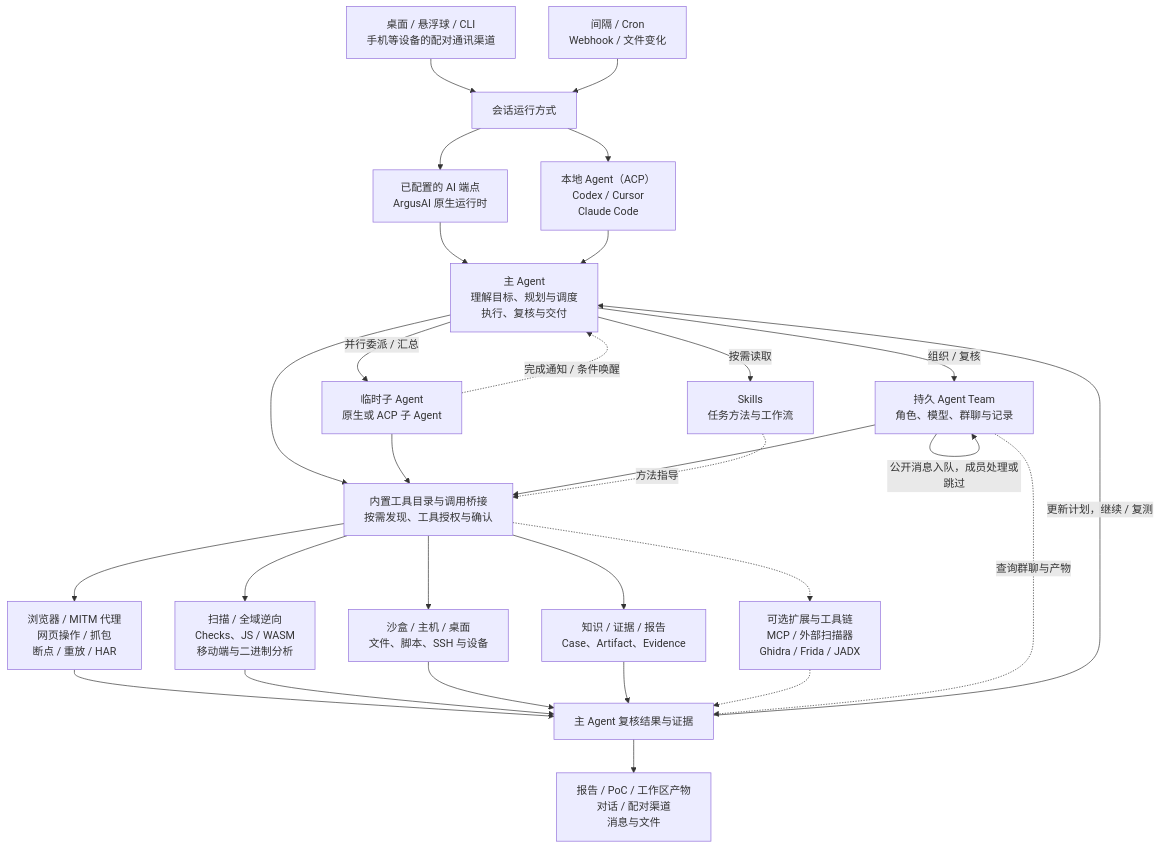
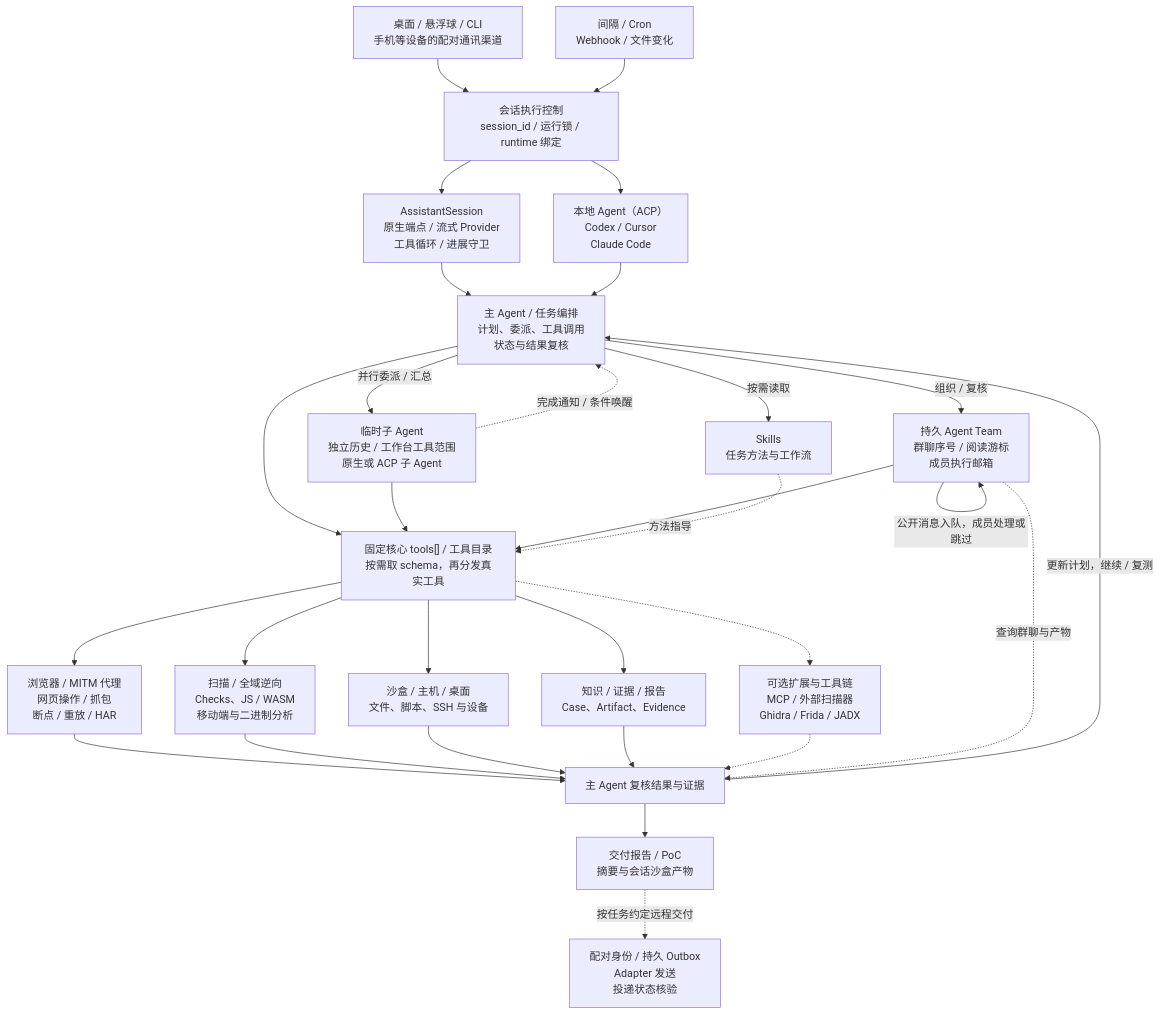
Before and after one commit to HG-ha/Argusai: the first of 3 diagrams in README.md, drawn with Mermaid. The commit also changed other lines of this file and 19 other files, not shown here.

````diff
--- a/README.md
+++ b/README.md
@@ -44,33 +44,34 @@
 ```mermaid
 flowchart TB
-    Input["桌面 / 悬浮球 / CLI<br/>手机等设备的配对通讯渠道"] --> Session["会话运行方式"]
+    Input["桌面 / 悬浮球 / CLI<br/>手机等设备的配对通讯渠道"] --> Session["会话执行控制<br/>session_id / 运行锁 / runtime 绑定"]
     Events["间隔 / Cron<br/>Webhook / 文件变化"] --> Session
-    Session --> Native["已配置的 AI 端点<br/>ArgusAI 原生运行时"]
+    Session --> Native["AssistantSession<br/>原生端点 / 流式 Provider<br/>工具循环 / 进展守卫"]
     Session --> ACP["本地 Agent（ACP）<br/>Codex / Cursor<br/>Claude Code"]
-    Native --> Main["主 Agent<br/>理解目标、规划与调度<br/>执行、复核与交付"]
+    Native --> Main["主 Agent / 任务编排<br/>计划、委派、工具调用<br/>状态与结果复核"]
     ACP --> Main
 
-    Main -->|并行委派 / 汇总| Sub["临时子 Agent<br/>原生或 ACP 子 Agent"]
-    Main -->|组织 / 复核| Team["持久 Agent Team<br/>角色、模型、群聊与记录"]
+    Main -->|并行委派 / 汇总| Sub["临时子 Agent<br/>独立历史 / 工作台工具范围<br/>原生或 ACP 子 Agent"]
+    Main -->|组织 / 复核| Team["持久 Agent Team<br/>群聊序号 / 阅读游标<br/>成员执行邮箱"]
     Main -->|按需读取| Skills["Skills<br/>任务方法与工作流"]
-    Main --> Tools["内置工具目录与调用桥接<br/>按需发现、工具授权与确认"]
+    Main --> Tools["固定核心 tools[] / 工具目录<br/>按需取 schema，再分发真实工具"]
     Sub --> Tools
     Team --> Tools
     Skills -.->|方法指导| Tools
 
     Tools --> Web["浏览器 / MITM 代理<br/>网页操作 / 抓包<br/>断点 / 重放 / HAR"]
     Tools --> Analysis["扫描 / 全域逆向<br/>Checks、JS / WASM<br/>移动端与二进制分析"]
     Tools --> Execution["沙盒 / 主机 / 桌面<br/>文件、脚本、SSH 与设备"]
     Tools --> Knowledge["知识 / 证据 / 报告<br/>Case、Artifact、Evidence"]
     Tools -.-> Extensions["可选扩展与工具链<br/>MCP / 外部扫描器<br/>Ghidra / Frida / JADX"]
     Web --> Review["主 Agent 复核结果与证据"]
     Analysis --> Review
     Execution --> Review
     Knowledge --> Review
     Extensions -.-> Review
-    Review --> Delivery["报告 / PoC / 工作区产物<br/>对话 / 配对渠道<br/>消息与文件"]
+    Review --> Delivery["交付报告 / PoC<br/>摘要与会话沙盒产物"]
+    Delivery -.->|按任务约定远程交付| Outbox["配对身份 / 持久 Outbox<br/>Adapter 发送<br/>投递状态核验"]
     Review -->|更新计划，继续 / 复测| Main
     Sub -.->|完成通知 / 条件唤醒| Main
     Team -->|公开消息入队，成员处理或跳过| Team
     Team -.->|查询群聊与产物| Review
 ```
````
